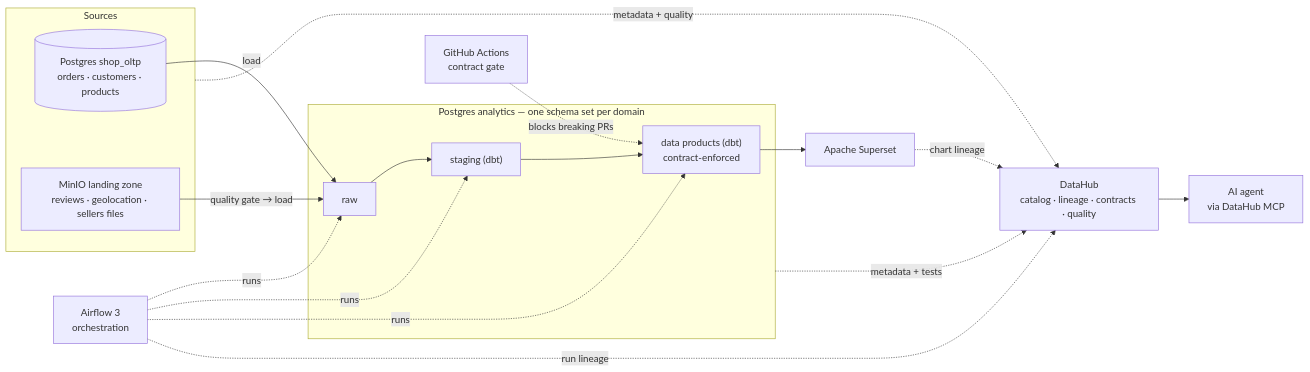
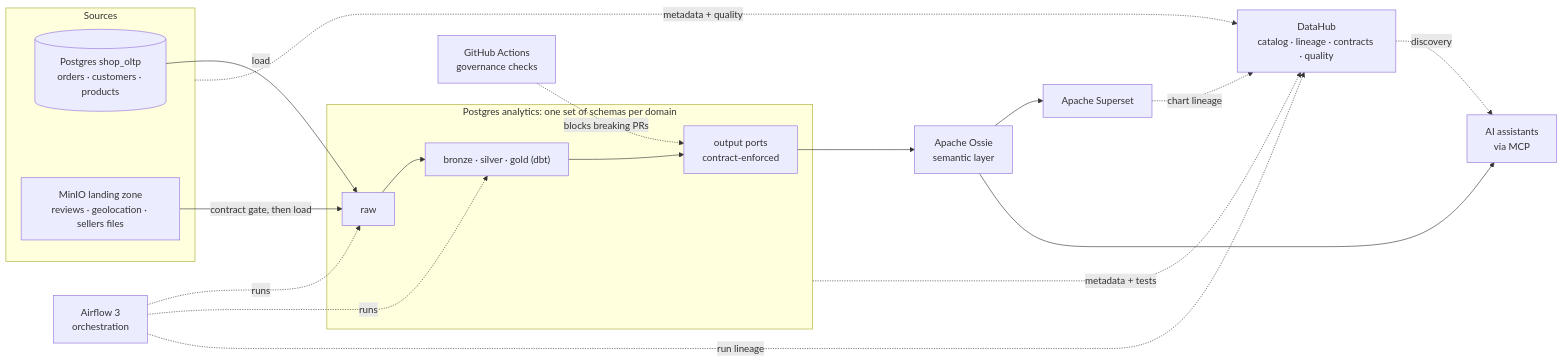
Before and after one commit to bonamim/data-governance-portfolio: the diagram in README.md, drawn with Mermaid. The commit also changed other lines of this file and 26 other files, not shown here.

````diff
--- a/README.md
+++ b/README.md
@@ -49,34 +48,37 @@
 ```mermaid
 graph LR
     subgraph sources["Sources"]
         OLTP[("Postgres shop_oltp<br/>orders · customers · products")]
         S3["MinIO landing zone<br/>reviews · geolocation · sellers files"]
     end
 
-    subgraph wh["Postgres analytics — one schema set per domain"]
+    subgraph wh["Postgres analytics: one set of schemas per domain"]
         RAW["raw"]
-        STG["staging (dbt)"]
-        DP["data products (dbt)<br/>contract-enforced"]
+        MED["bronze · silver · gold (dbt)"]
+        DP["output ports<br/>contract-enforced"]
     end
 
     ORCH["Airflow 3<br/>orchestration"]
+    SEM["Apache Ossie<br/>semantic layer"]
     BI["Apache Superset"]
     DH["DataHub<br/>catalog · lineage · contracts · quality"]
-    AI["AI agent<br/>via DataHub MCP"]
-    CI["GitHub Actions<br/>contract gate"]
+    AI["AI assistants<br/>via MCP"]
+    CI["GitHub Actions<br/>governance checks"]
 
-    S3 -->|"quality gate → load"| RAW
+    S3 -->|"contract gate, then load"| RAW
     OLTP -->|load| RAW
-    RAW --> STG --> DP --> BI
+    RAW --> MED --> DP
+    DP --> SEM
+    SEM --> BI
+    SEM --> AI
 
     ORCH -. runs .-> RAW
-    ORCH -. runs .-> STG
-    ORCH -. runs .-> DP
+    ORCH -. runs .-> MED
 
     sources -.metadata + quality.-> DH
     wh -.metadata + tests.-> DH
     ORCH -.run lineage.-> DH
     BI -.chart lineage.-> DH
-    DH --> AI
+    DH -.discovery.-> AI
     CI -.blocks breaking PRs.-> DP
 ```
````
